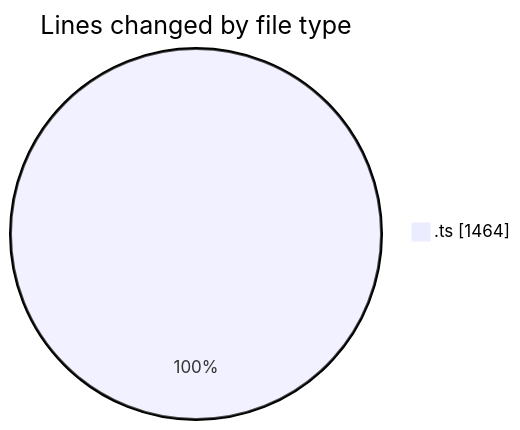
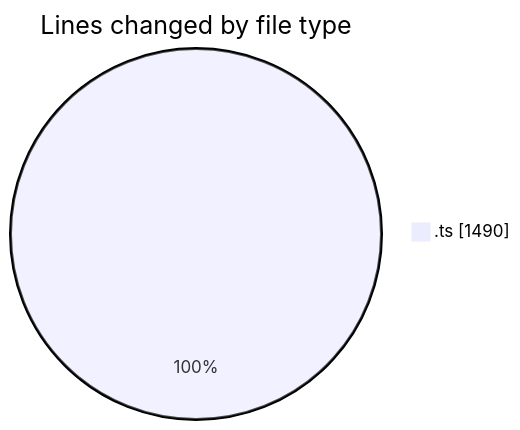
One commit to momahboobian/code-tracking changed the first of 2 diagrams in 2025-11-27/cda/README.md. Above: the diagram before and after it, drawn with Mermaid. The commit also changed other lines of this file and 1 other file, not shown here.

````diff
--- a/2025-11-27/cda/README.md
+++ b/2025-11-27/cda/README.md
@@ -21,5 +21,5 @@
 ```mermaid
 pie showData
 title Lines changed by file type
-".ts" : 1464
+".ts" : 1490
 ```
````
